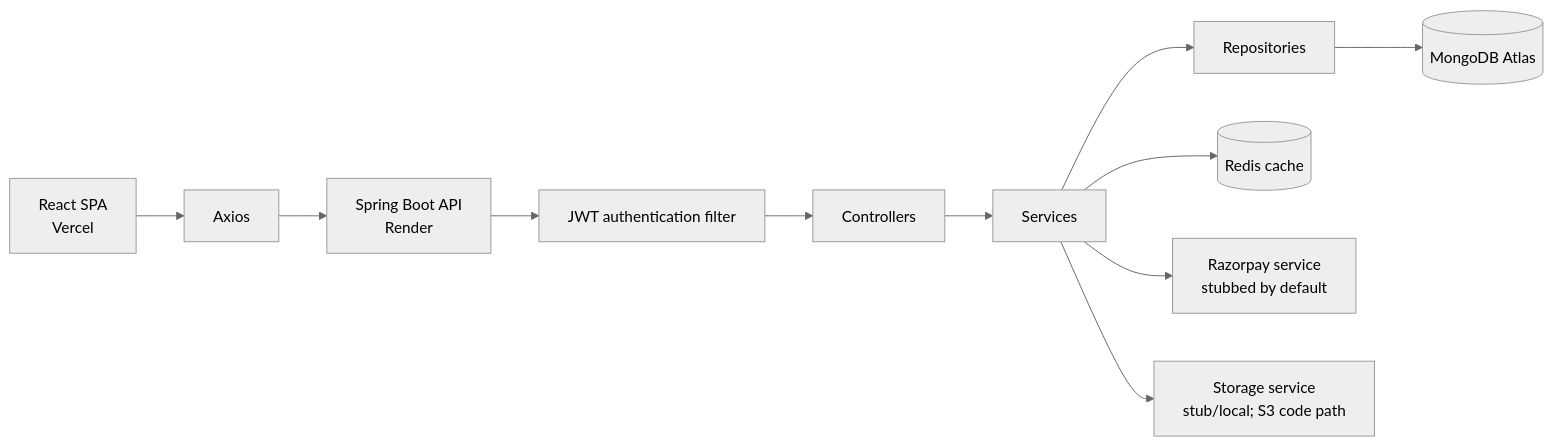
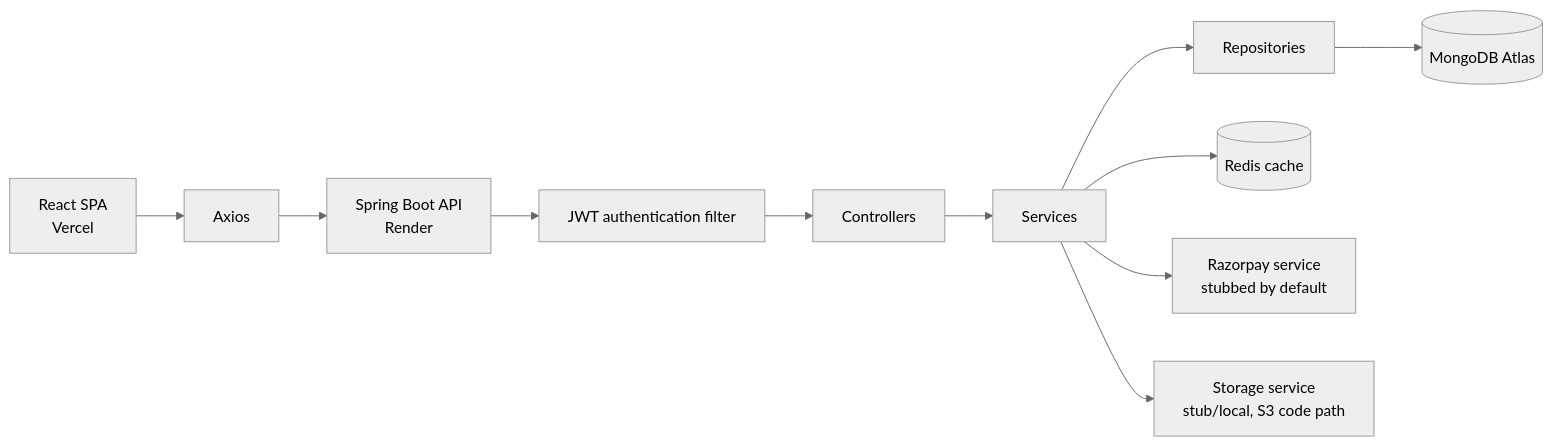
The first of 3 diagrams in README.md (Pratham-131/Happy-Plates-), drawn with Mermaid (neutral theme) before and after one commit. The commit also changed other lines of this file, not shown here.

Commit message:
docs: fix mermaid diagram syntax

````diff
--- a/README.md
+++ b/README.md
@@ -29,13 +29,13 @@
 ```mermaid
 flowchart LR
     SPA[React SPA<br/>Vercel] --> AX[Axios]
     AX --> API[Spring Boot API<br/>Render]
     API --> JWT[JWT authentication filter]
     JWT --> CTL[Controllers]
     CTL --> SVC[Services]
     SVC --> REPO[Repositories]
     REPO --> DB[(MongoDB Atlas)]
     SVC --> CACHE[(Redis cache)]
     SVC --> PAY[Razorpay service<br/>stubbed by default]
-    SVC --> STORE[Storage service<br/>stub/local; S3 code path]
+    SVC --> STORE[Storage service<br/>stub/local, S3 code path]
 ```
````
